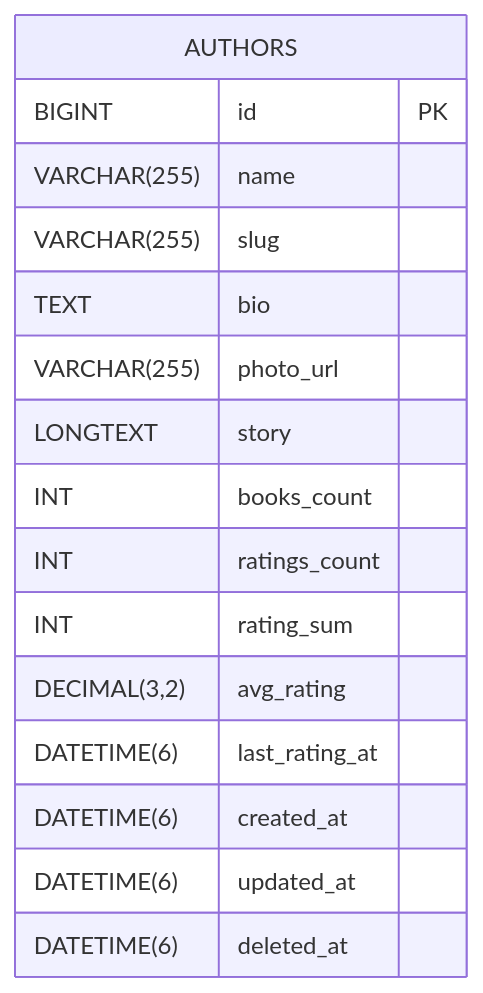
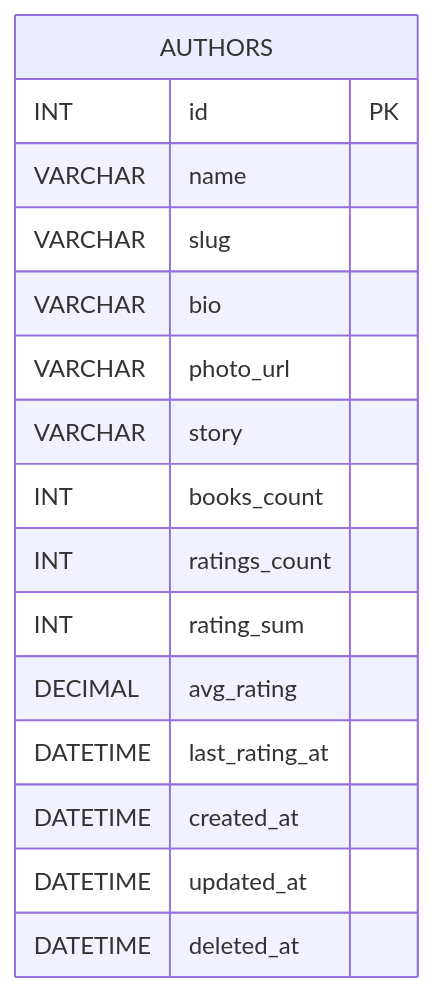
Before and after one commit to blackcatdatabase/table-authors: the diagram in README.md, drawn with Mermaid. The commit also changed other lines of this file, not shown here.

Commit message:
chore(schema): add/update generated schema + README (umbrella sync)

````diff
--- a/README.md
+++ b/README.md
@@ -55,19 +55,19 @@
 ```mermaid
 erDiagram
   AUTHORS {
-    BIGINT id PK
-    VARCHAR(255) name
-    VARCHAR(255) slug
-    TEXT bio
-    VARCHAR(255) photo_url
-    LONGTEXT story
+    INT id PK
+    VARCHAR name
+    VARCHAR slug
+    VARCHAR bio
+    VARCHAR photo_url
+    VARCHAR story
     INT books_count
     INT ratings_count
     INT rating_sum
-    DECIMAL(3,2) avg_rating
-    DATETIME(6) last_rating_at
-    DATETIME(6) created_at
-    DATETIME(6) updated_at
-    DATETIME(6) deleted_at
+    DECIMAL avg_rating
+    DATETIME last_rating_at
+    DATETIME created_at
+    DATETIME updated_at
+    DATETIME deleted_at
   }
 ```
````
